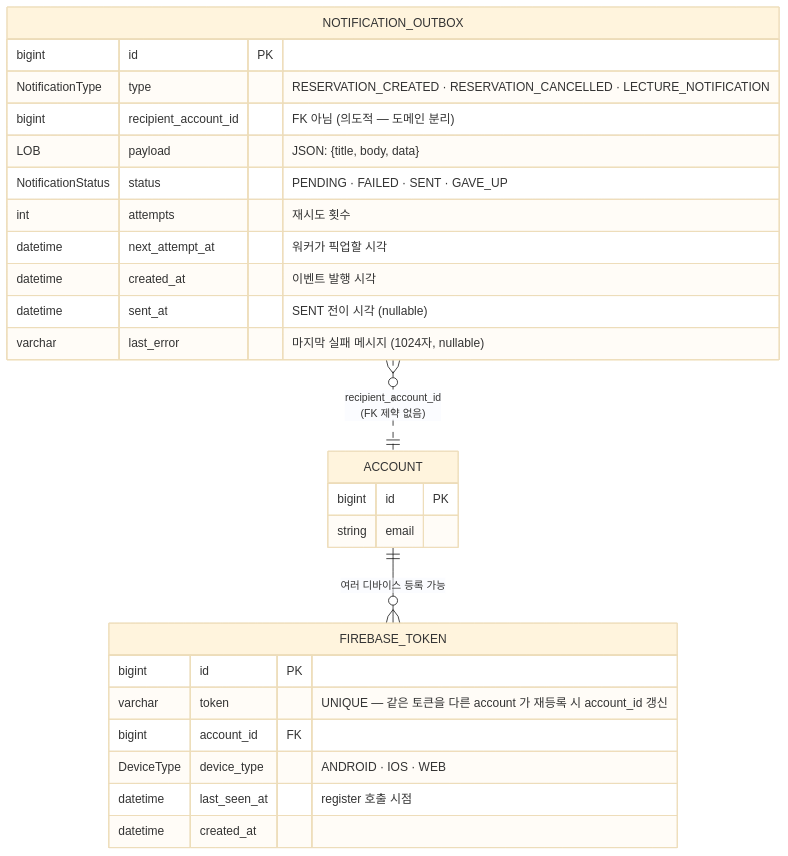
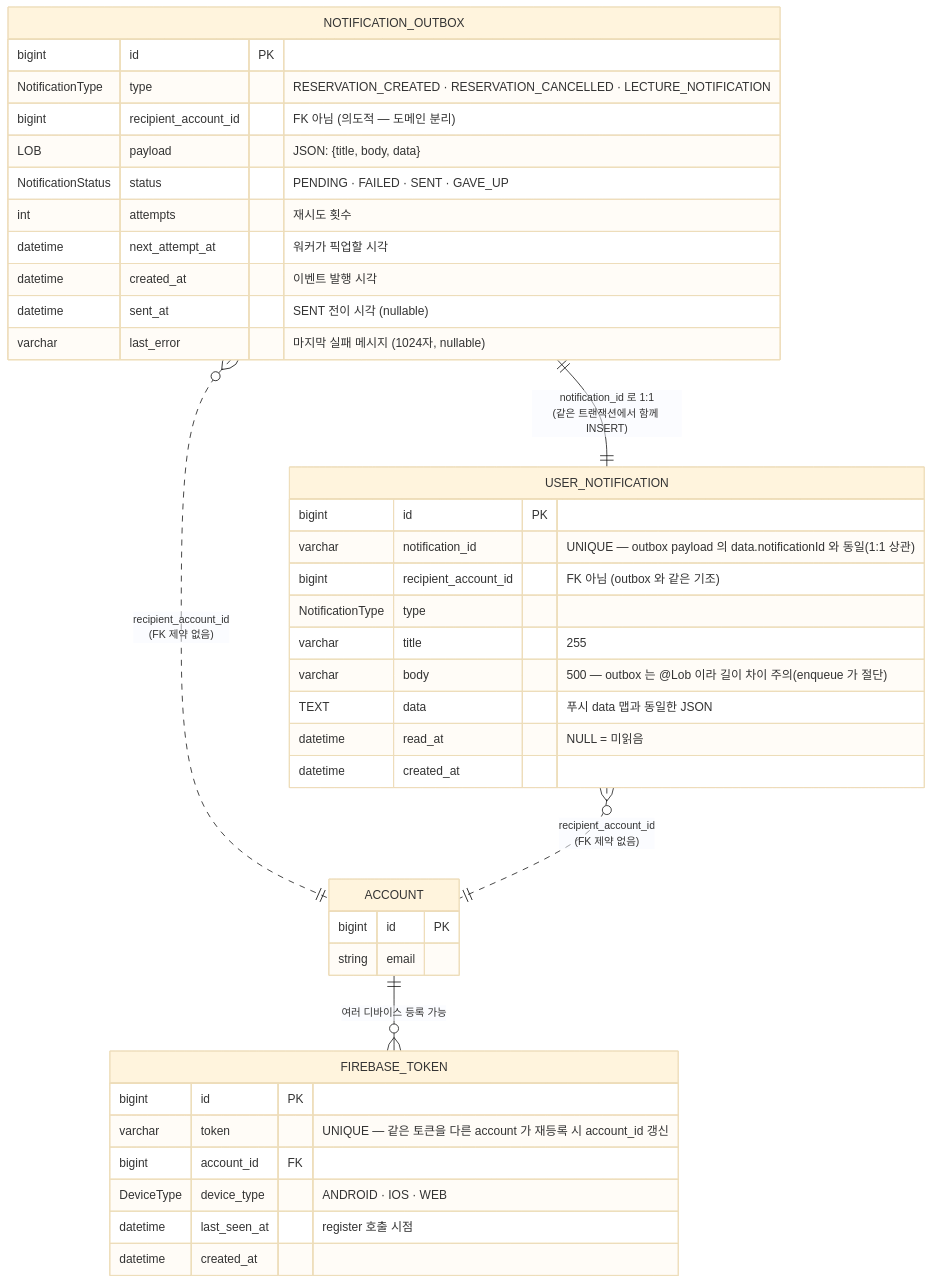
One commit to pungdong/Pungdong-Backend changed the sixth of 6 diagrams in docs/architecture/notification.md. Above: the diagram before and after it, drawn with Mermaid (base theme). The commit also changed other lines of this file and 13 other files, not shown here.

First line of the commit message:
Feat: 인앱 알림함(user_notification) — 목록/미읽음/읽음처리 API

````diff
--- a/docs/architecture/notification.md
+++ b/docs/architecture/notification.md
@@ -203,30 +207,44 @@
 ```mermaid
 erDiagram
     NOTIFICATION_OUTBOX {
         bigint id PK
         NotificationType type "RESERVATION_CREATED · RESERVATION_CANCELLED · LECTURE_NOTIFICATION"
         bigint recipient_account_id "FK 아님 (의도적 — 도메인 분리)"
         LOB payload "JSON: {title, body, data}"
         NotificationStatus status "PENDING · FAILED · SENT · GAVE_UP"
         int attempts "재시도 횟수"
         datetime next_attempt_at "워커가 픽업할 시각"
         datetime created_at "이벤트 발행 시각"
         datetime sent_at "SENT 전이 시각 (nullable)"
         varchar last_error "마지막 실패 메시지 (1024자, nullable)"
     }
     FIREBASE_TOKEN {
         bigint id PK
         varchar token "UNIQUE — 같은 토큰을 다른 account 가 재등록 시 account_id 갱신"
         bigint account_id FK
         DeviceType device_type "ANDROID · IOS · WEB"
         datetime last_seen_at "register 호출 시점"
         datetime created_at
     }
     ACCOUNT {
         bigint id PK
         string email
     }
 
+    USER_NOTIFICATION {
+        bigint id PK
+        varchar notification_id "UNIQUE — outbox payload 의 data.notificationId 와 동일(1:1 상관)"
+        bigint recipient_account_id "FK 아님 (outbox 와 같은 기조)"
+        NotificationType type
+        varchar title "255"
+        varchar body "500 — outbox 는 @Lob 이라 길이 차이 주의(enqueue 가 절단)"
+        TEXT data "푸시 data 맵과 동일한 JSON"
+        datetime read_at "NULL = 미읽음"
+        datetime created_at
+    }
+
     ACCOUNT ||--o{ FIREBASE_TOKEN : "여러 디바이스 등록 가능"
     NOTIFICATION_OUTBOX }o..|| ACCOUNT : "recipient_account_id<br/>(FK 제약 없음)"
+    USER_NOTIFICATION }o..|| ACCOUNT : "recipient_account_id<br/>(FK 제약 없음)"
+    NOTIFICATION_OUTBOX ||--|| USER_NOTIFICATION : "notification_id 로 1:1<br/>(같은 트랜잭션에서 함께 INSERT)"
 ```
````
